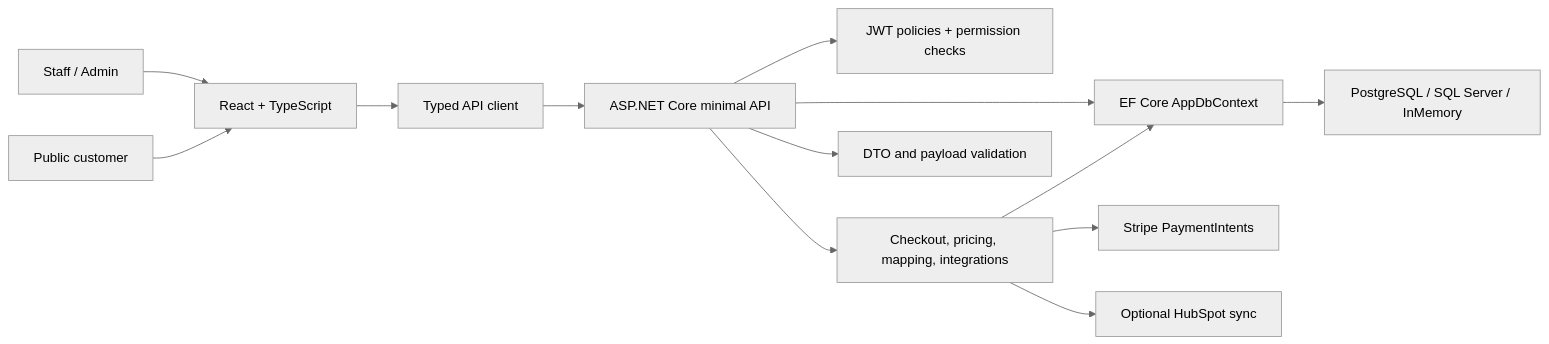
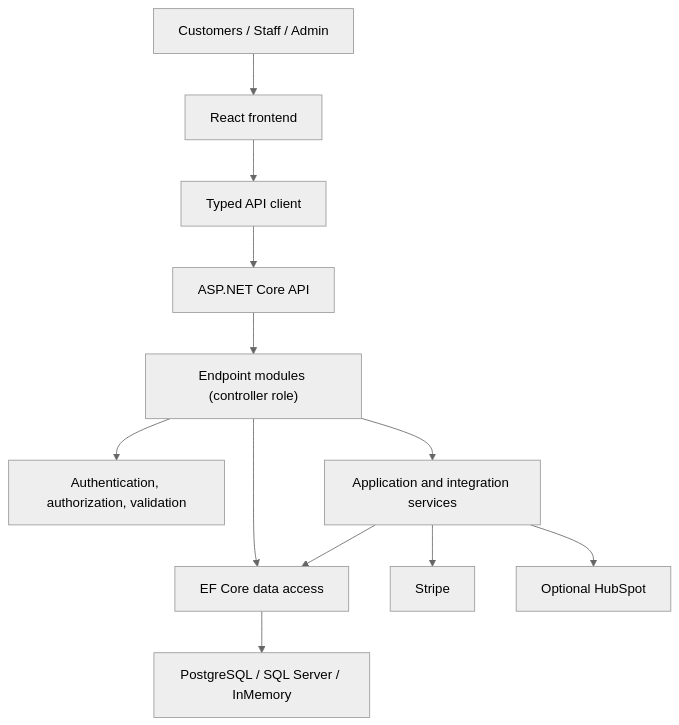
Before and after one commit to pancakebaker/dotnet-react-ecommerce-demo: the diagram in README.md, drawn with Mermaid (neutral theme). The commit also changed other lines of this file and 4 other files, not shown here.

````diff
--- a/README.md
+++ b/README.md
@@ -87,15 +101,14 @@
 ```mermaid
-flowchart LR
-  Visitor["Public customer"] --> React["React + TypeScript"]
-  Staff["Staff / Admin"] --> React
-  React --> Client["Typed API client"]
-  Client --> Api["ASP.NET Core minimal API"]
-  Api --> Auth["JWT policies + permission checks"]
-  Api --> Services["Checkout, pricing, mapping, integrations"]
-  Api --> Validation["DTO and payload validation"]
-  Services --> Ef["EF Core AppDbContext"]
-  Api --> Ef
-  Ef --> Db["PostgreSQL / SQL Server / InMemory"]
-  Services --> Stripe["Stripe PaymentIntents"]
-  Services --> HubSpot["Optional HubSpot sync"]
+flowchart TB
+  Users["Customers / Staff / Admin"] --> Frontend["React frontend"]
+  Frontend --> Client["Typed API client"]
+  Client --> Api["ASP.NET Core API"]
+  Api --> Endpoints["Endpoint modules (controller role)"]
+  Endpoints --> Auth["Authentication, authorization, validation"]
+  Endpoints --> Services["Application and integration services"]
+  Endpoints --> Data["EF Core data access"]
+  Services --> Data
+  Data --> Database["PostgreSQL / SQL Server / InMemory"]
+  Services --> Stripe["Stripe"]
+  Services --> HubSpot["Optional HubSpot"]
 ```
````
